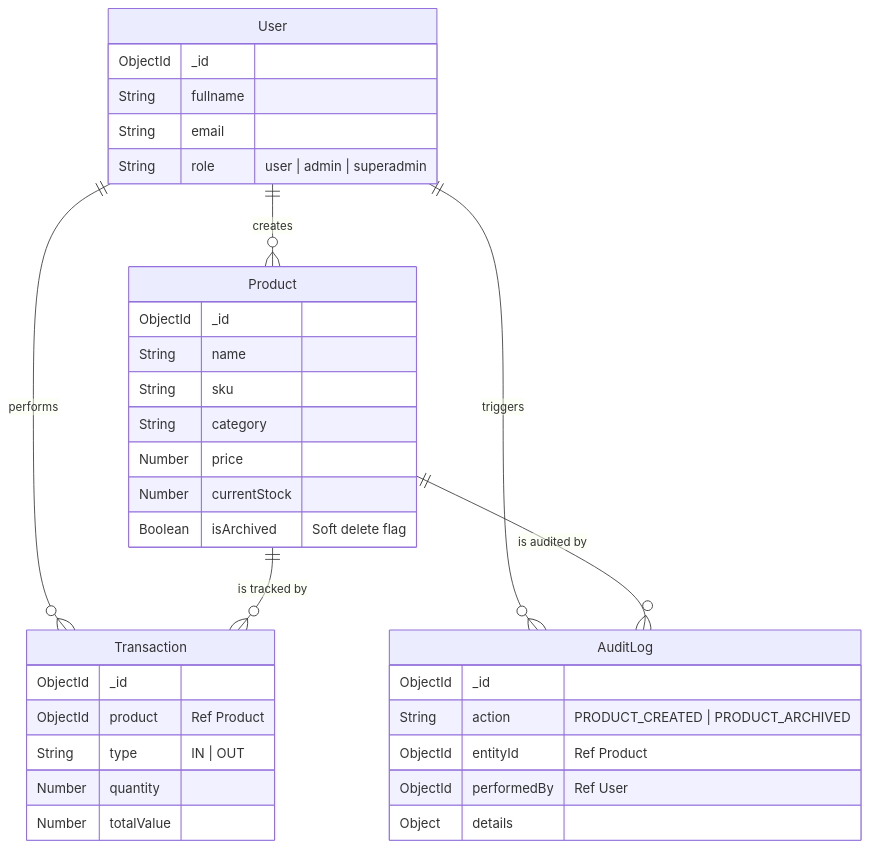
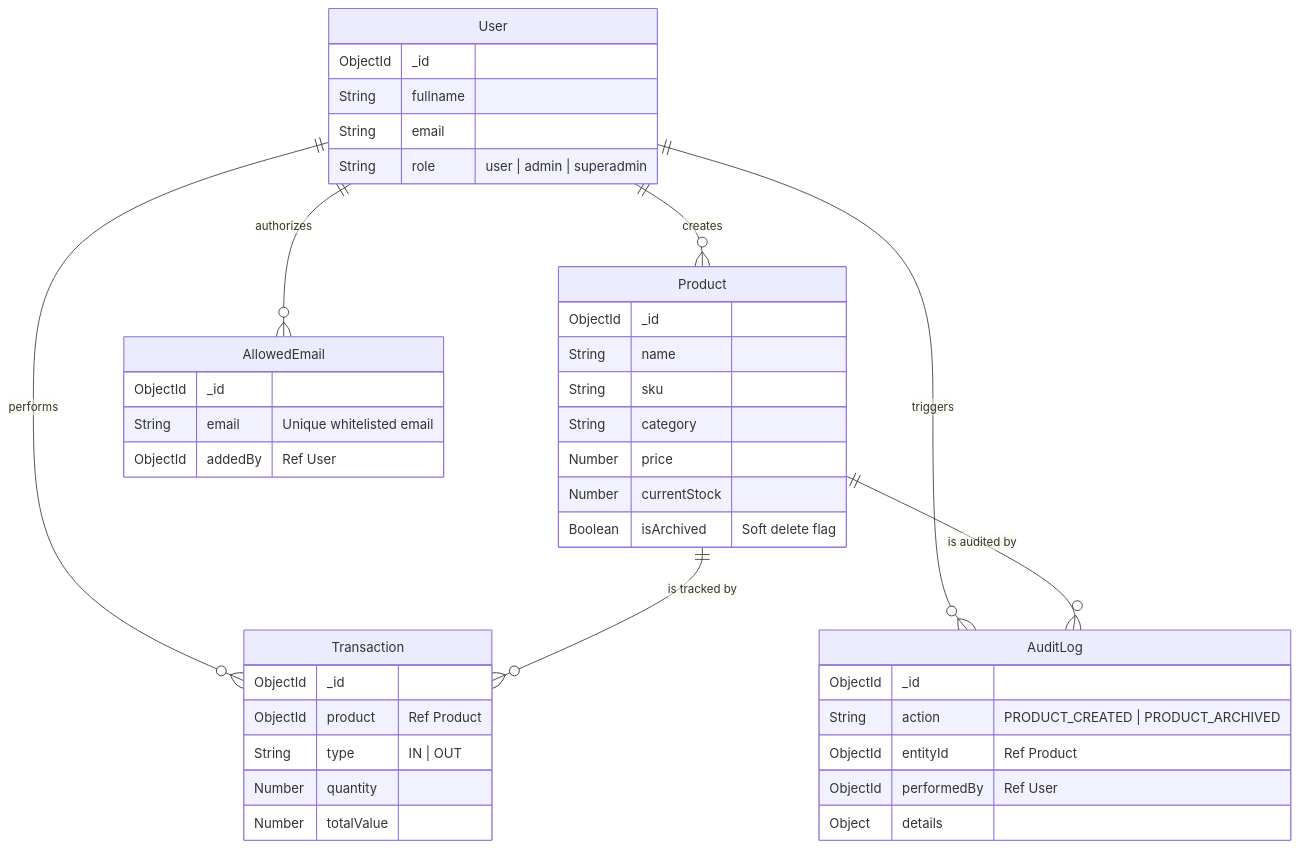
Before and after one commit to vetrivel-shnoor/Inventory-Stock-Tracker: the diagram in README.md, drawn with Mermaid. The commit also changed other lines of this file and 8 other files, not shown here.

````diff
--- a/README.md
+++ b/README.md
@@ -38,38 +38,44 @@
 ```mermaid
 erDiagram
     User ||--o{ Product : creates
     User ||--o{ Transaction : performs
     User ||--o{ AuditLog : triggers
+    User ||--o{ AllowedEmail : "authorizes"
     Product ||--o{ Transaction : "is tracked by"
     Product ||--o{ AuditLog : "is audited by"
 
     User {
         ObjectId _id
         String fullname
         String email
         String role "user | admin | superadmin"
+    }
+    AllowedEmail {
+        ObjectId _id
+        String email "Unique whitelisted email"
+        ObjectId addedBy "Ref User"
     }
     Product {
         ObjectId _id
         String name
         String sku
         String category
         Number price
         Number currentStock
         Boolean isArchived "Soft delete flag"
     }
     Transaction {
         ObjectId _id
         ObjectId product "Ref Product"
         String type "IN | OUT"
         Number quantity
         Number totalValue
     }
     AuditLog {
         ObjectId _id
         String action "PRODUCT_CREATED | PRODUCT_ARCHIVED"
         ObjectId entityId "Ref Product"
         ObjectId performedBy "Ref User"
         Object details
     }
 ```
````
